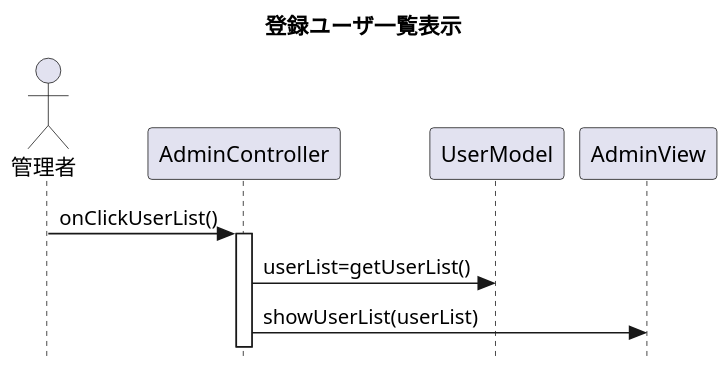
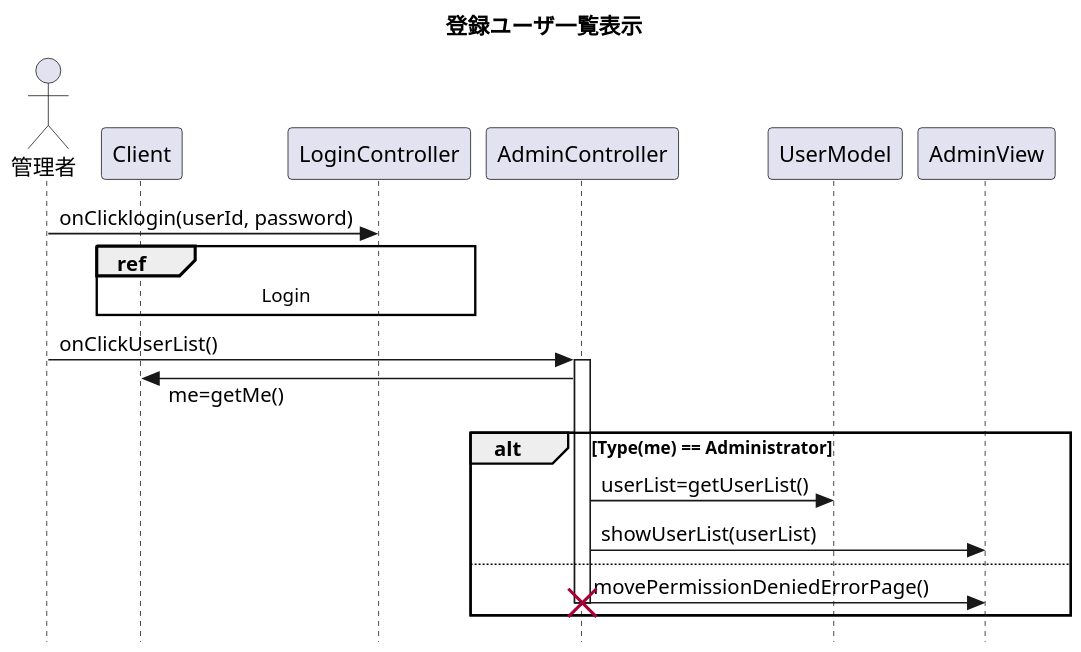
Before and after one commit to Romira915/AdvancedSoftwareEngineering3-Task: the sixth of 7 diagrams in sequence.pu, drawn with PlantUML. The commit also changed other lines of this file and 2 other files, not shown here.

Commit message:
modifiy: admin is a user

```diff
--- a/sequence.pu
+++ b/sequence.pu
@@ -223,19 +222,30 @@
 @startuml 登録ユーザ一覧表示
 
 title 登録ユーザ一覧表示
 skinparam dpi 150
 skinparam responseMessageBelowArrow true
 skinparam style strictuml
 
 actor 管理者 as admin
+participant Client
+participant LoginController
 participant AdminController
 participant UserModel
 participant AdminView
 
+admin -> LoginController : onClicklogin(userId, password)
+ref over Client, LoginController : Login
+
 admin -> AdminController : onClickUserList()
 
 activate AdminController
-AdminController -> UserModel : userList=getUserList()
-AdminController -> AdminView : showUserList(userList)
+Client <- AdminController : me=getMe()
+alt Type(me) == Administrator
+    AdminController -> UserModel : userList=getUserList()
+    AdminController -> AdminView : showUserList(userList)
+else
+    AdminController -> AdminView : movePermissionDeniedErrorPage()
+    destroy AdminController
+end
 
 @enduml
```
